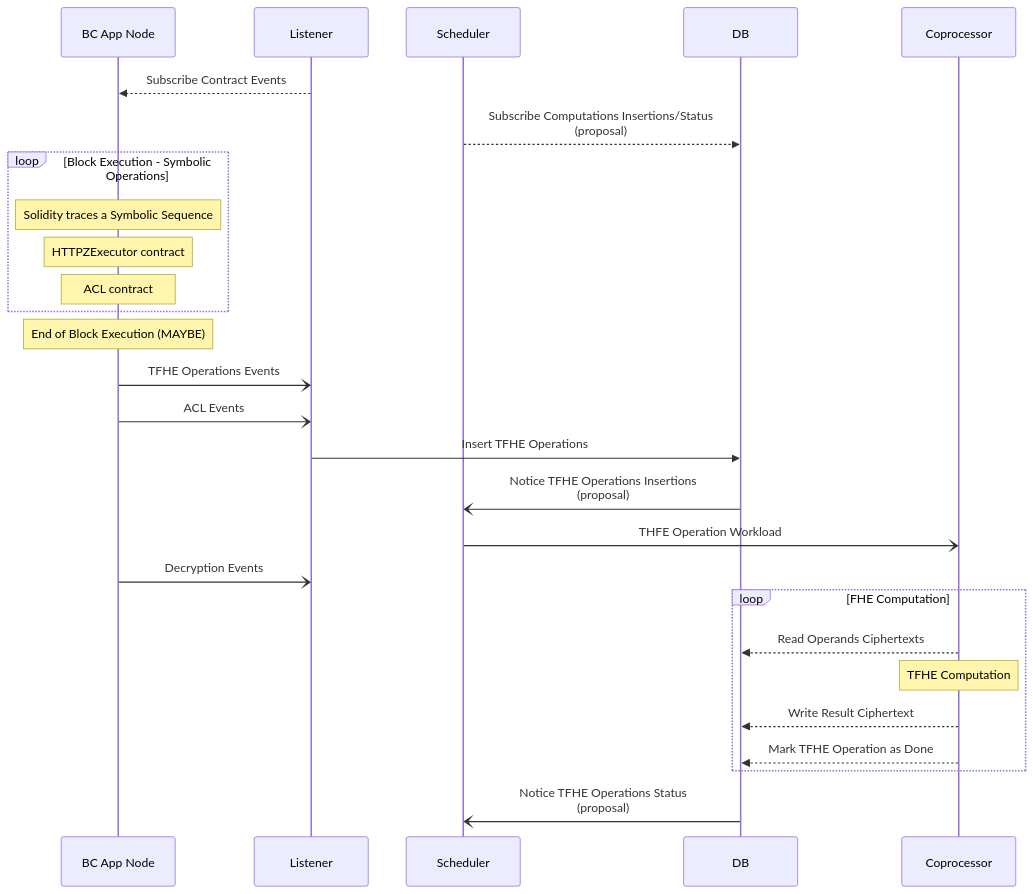
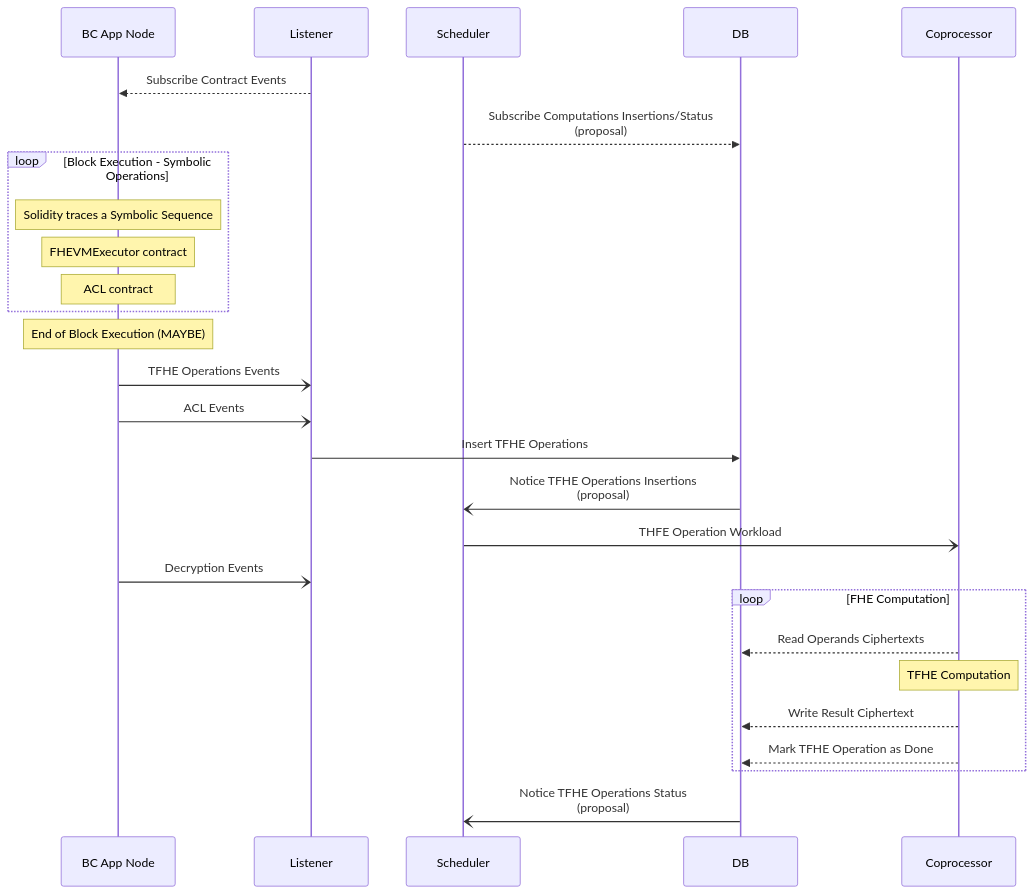
One commit to zama-ai/fhevm changed the first of 2 diagrams in fhevm-engine/fhevm-listener/README.md. Above: the diagram before and after it, drawn with Mermaid. The commit also changed other lines of this file and 106 other files, not shown here.

````diff
--- a/fhevm-engine/fhevm-listener/README.md
+++ b/fhevm-engine/fhevm-listener/README.md
@@ -65,35 +65,35 @@
 ```mermaid
 sequenceDiagram
     participant BC App Node
     participant Listener
     participant Scheduler
     participant DB
     participant Coprocessor
 
     Listener-->>BC App Node: Subscribe Contract Events
     Scheduler-->>DB: Subscribe Computations Insertions/Status<br/>(proposal)
 
     loop Block Execution - Symbolic Operations
         Note over BC App Node: Solidity traces a Symbolic Sequence
-        Note over BC App Node: HTTPZExecutor contract
+        Note over BC App Node: FHEVMExecutor contract
         Note over BC App Node: ACL contract
     end
 
     Note over BC App Node: End of Block Execution (MAYBE)
 
     BC App Node-)Listener: TFHE Operations Events
     BC App Node-)Listener: ACL Events
 
     Listener->>DB: Insert TFHE Operations
     DB-)Scheduler: Notice TFHE Operations Insertions<br/>(proposal)
     Scheduler-)Coprocessor: THFE Operation Workload
     BC App Node-)Listener: Decryption Events
 
     loop FHE Computation
         Coprocessor -->> DB: Read Operands Ciphertexts
         Note over Coprocessor: TFHE Computation
         Coprocessor -->> DB: Write Result Ciphertext
         Coprocessor-->>DB: Mark TFHE Operation as Done
     end
     DB-)Scheduler: Notice TFHE Operations Status<br/>(proposal)
 ```
````
